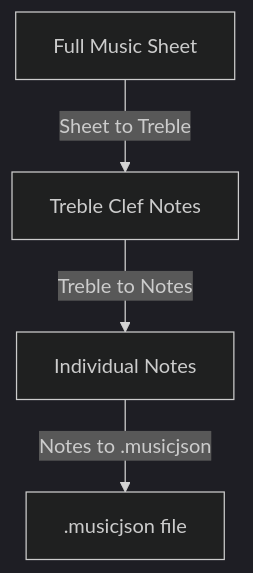
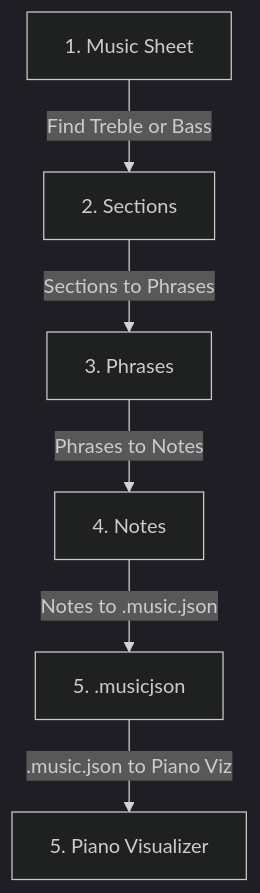
Before and after one commit to sun2ii/sheets-to-nums: the diagram in diagram/flow.md, drawn with Mermaid (dark theme). The commit also changed other lines of this file and 10 other files, not shown here.

First line of the commit message:
Features - Finished translating phrases into indvidual notes

````diff
--- a/diagram/flow.md
+++ b/diagram/flow.md
@@ -5,7 +5,9 @@
 ```mermaid 
 graph TD
 
-A[Full Music Sheet] --> |Sheet to Treble| B[Treble Clef Notes]
-B --> |Treble to Notes| C[Individual Notes]
-C --> |Notes to .musicjson| D[.musicjson file]
+A[1. Music Sheet] --> |Find Treble or Bass| B[2. Sections]
+B --> |Sections to Phrases| C[3. Phrases]
+C --> |Phrases to Notes| D[4. Notes]
+D --> |Notes to .music.json| E[5. .musicjson]
+E --> |.music.json to Piano Viz| F[5. Piano Visualizer]
 ```
````
